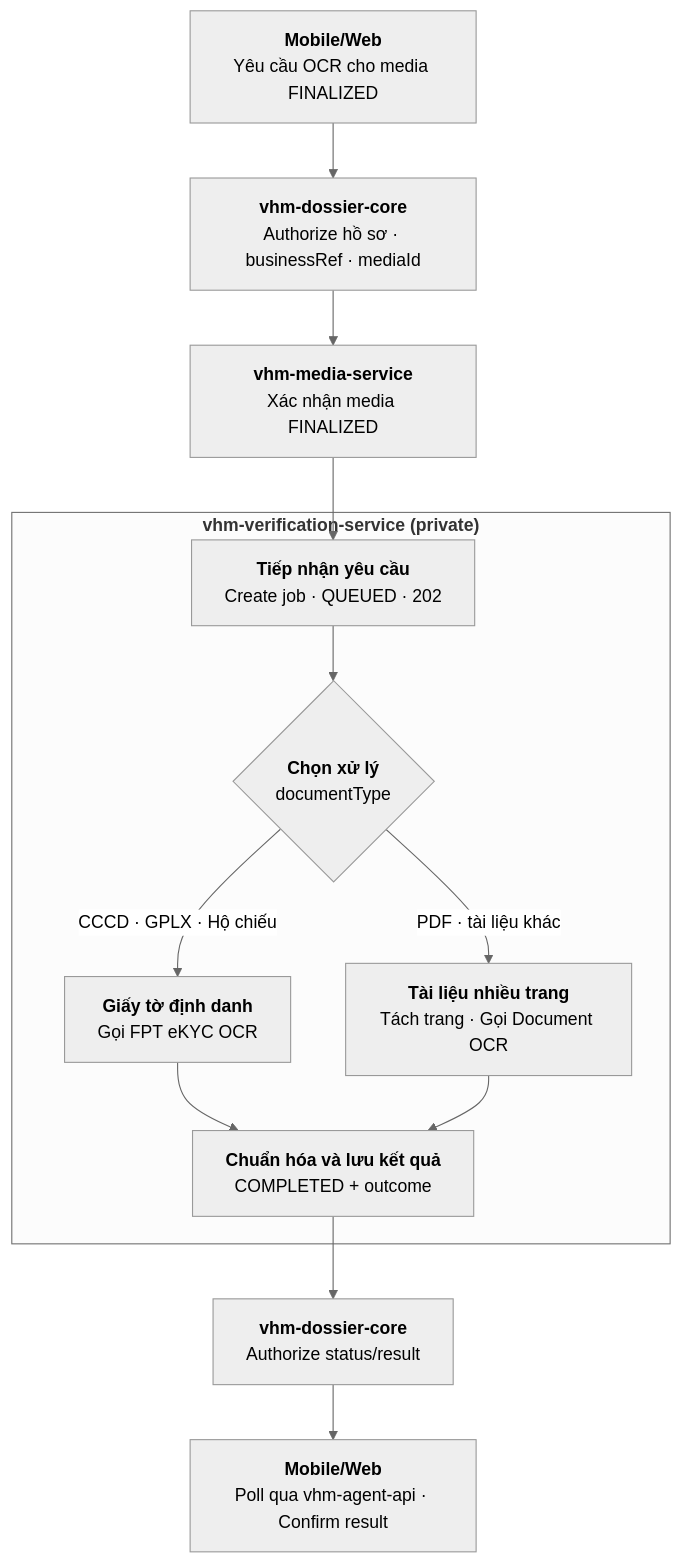
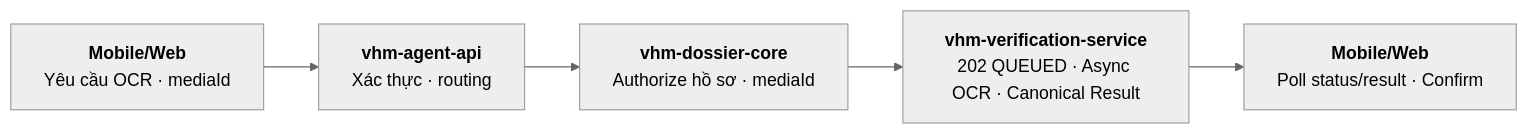
Before and after one commit to huynv-xyz/vhm: the third of 7 diagrams in noxh.md, drawn with Mermaid (neutral theme). The commit also changed other lines of this file, not shown here.

````diff
--- a/noxh.md
+++ b/noxh.md
@@ -178,34 +178,15 @@
 ```mermaid
-flowchart TD
+flowchart LR
     REQUEST["`**Mobile/Web**
-Yêu cầu OCR cho media FINALIZED`"]
-    AUTHORIZE["`**vhm-dossier-core**
-Authorize hồ sơ · businessRef · mediaId`"]
-    MEDIA["`**vhm-media-service**
-Xác nhận media FINALIZED`"]
-    subgraph VERIFY["`**vhm-verification-service (private)**`"]
-        ACCEPT["`**Tiếp nhận yêu cầu**
-Create job · QUEUED · 202`"]
-        TYPE{"`**Chọn xử lý**
-documentType`"}
-        IDENTITY["`**Giấy tờ định danh**
-Gọi FPT eKYC OCR`"]
-        DOCUMENT["`**Tài liệu nhiều trang**
-Tách trang · Gọi Document OCR`"]
-        RESULT["`**Chuẩn hóa và lưu kết quả**
-COMPLETED + outcome`"]
+Yêu cầu OCR · mediaId`"]
+    BFF["`**vhm-agent-api**
+Xác thực · routing`"]
+    DOSSIER["`**vhm-dossier-core**
+Authorize hồ sơ · mediaId`"]
+    VERIFY["`**vhm-verification-service**
+202 QUEUED · Async OCR · Canonical Result`"]
+    RESULT["`**Mobile/Web**
+Poll status/result · Confirm`"]
 
-        ACCEPT --> TYPE
-        TYPE -->|CCCD · GPLX · Hộ chiếu| IDENTITY
-        TYPE -->|PDF · tài liệu khác| DOCUMENT
-        IDENTITY --> RESULT
-        DOCUMENT --> RESULT
-    end
-    QUERY["`**vhm-dossier-core**
-Authorize status/result`"]
-    CLIENT["`**Mobile/Web**
-Poll qua vhm-agent-api · Confirm result`"]
-
-    REQUEST --> AUTHORIZE --> MEDIA --> ACCEPT
-    RESULT --> QUERY --> CLIENT
+    REQUEST --> BFF --> DOSSIER --> VERIFY --> RESULT
 ```
````
